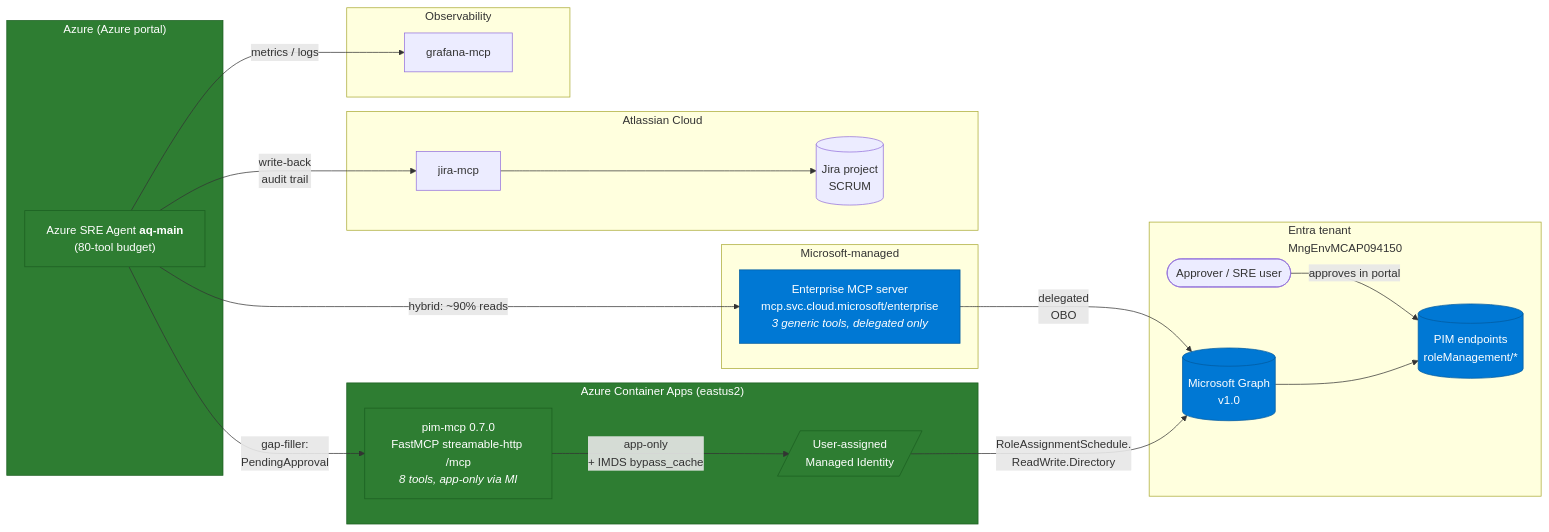
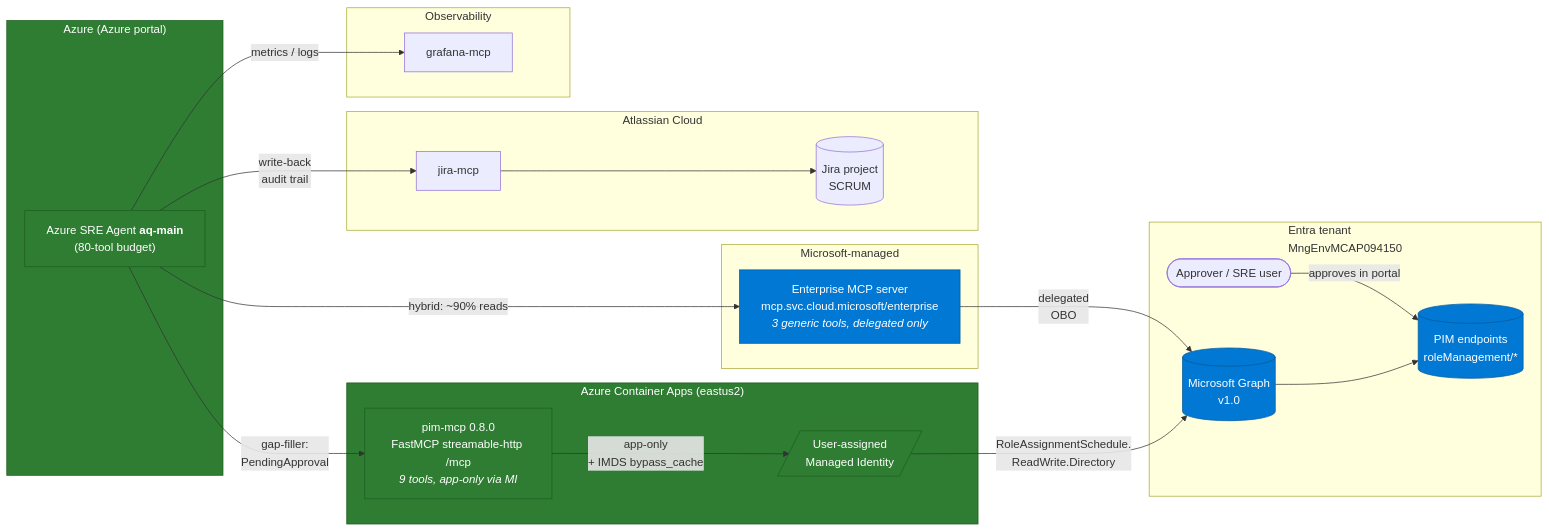
The first of 6 diagrams in pim-enablement-testbed/docs/architecture-diagrams.md (Arturo-Quiroga-MSFT/SRE-AGENT-JAN-2026), drawn with Mermaid before and after one commit. The commit also changed other lines of this file and 6 other files, not shown here.

````diff
--- a/pim-enablement-testbed/docs/architecture-diagrams.md
+++ b/pim-enablement-testbed/docs/architecture-diagrams.md
@@ -20,48 +20,48 @@
 ```mermaid
 flowchart LR
     subgraph Tenant["Entra tenant<br/>MngEnvMCAP094150"]
         User([Approver / SRE user])
         Graph[(Microsoft Graph<br/>v1.0)]
         PIM[(PIM endpoints<br/>roleManagement/*)]
     end
 
     subgraph AzPortal["Azure (Azure portal)"]
         Agent["Azure SRE Agent <b>aq-main</b><br/>(80-tool budget)"]
     end
 
     subgraph MS["Microsoft-managed"]
         EntMCP["Enterprise MCP server<br/>mcp.svc.cloud.microsoft/enterprise<br/><i>3 generic tools, delegated only</i>"]
     end
 
     subgraph ACA["Azure Container Apps (eastus2)"]
-        PimMCP["pim-mcp 0.7.0<br/>FastMCP streamable-http /mcp<br/><i>8 tools, app-only via MI</i>"]
+        PimMCP["pim-mcp 0.8.0<br/>FastMCP streamable-http /mcp<br/><i>9 tools, app-only via MI</i>"]
         MI[/User-assigned<br/>Managed Identity/]
     end
 
     subgraph Jira["Atlassian Cloud"]
         JiraMCP["jira-mcp"]
         SCRUM[(Jira project<br/>SCRUM)]
     end
 
     subgraph Obs["Observability"]
         GrafMCP["grafana-mcp"]
     end
 
     User -->|approves in portal| PIM
     Agent -->|hybrid: ~90% reads| EntMCP
     Agent -->|gap-filler:<br/>PendingApproval| PimMCP
     Agent -->|write-back<br/>audit trail| JiraMCP
     Agent -->|metrics / logs| GrafMCP
 
     EntMCP -->|delegated<br/>OBO| Graph
     PimMCP -->|app-only<br/>+ IMDS bypass_cache| MI
     MI -->|RoleAssignmentSchedule.<br/>ReadWrite.Directory| Graph
     Graph --> PIM
     JiraMCP --> SCRUM
 
     classDef ms fill:#0078d4,color:#fff,stroke:#005a9e
     classDef ours fill:#2e7d32,color:#fff,stroke:#1b5e20
     classDef gap fill:#c62828,color:#fff,stroke:#8e0000
     class EntMCP,Graph,PIM ms
     class Agent,AzPortal,PimMCP,MI,ACA ours
 ```
````
